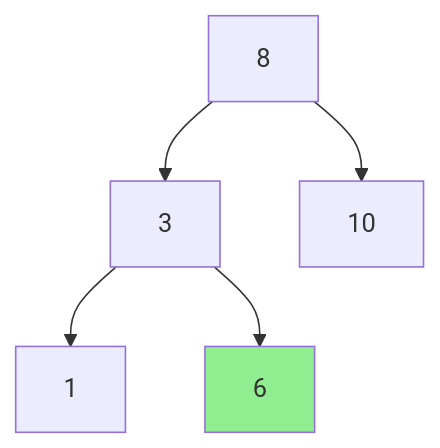
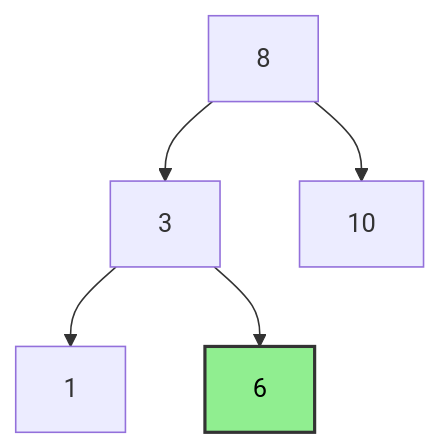
Diagram 12 of 43 in Year_2/Semester_3/DSA_DATA_STRUCTURES_ALGORITHMS/Lectures/Binary_Trees.md (PanagopoulosNikolaos/DitOpenNotes), drawn with Mermaid before and after one commit. The commit also changed other lines of this file and 4 other files, not shown here.

````diff
--- a/Year_2/Semester_3/DSA_DATA_STRUCTURES_ALGORITHMS/Lectures/Binary_Trees.md
+++ b/Year_2/Semester_3/DSA_DATA_STRUCTURES_ALGORITHMS/Lectures/Binary_Trees.md
@@ -291,8 +291,8 @@
 ```mermaid
 graph TD
     A[8] --> B[3]
     A --> C[10]
     B --> D[1]
     B --> E[6]
-    style E fill:#90EE90
+    style E fill:#90EE90,stroke:#333,stroke-width:2px,color:black
 ```
````
